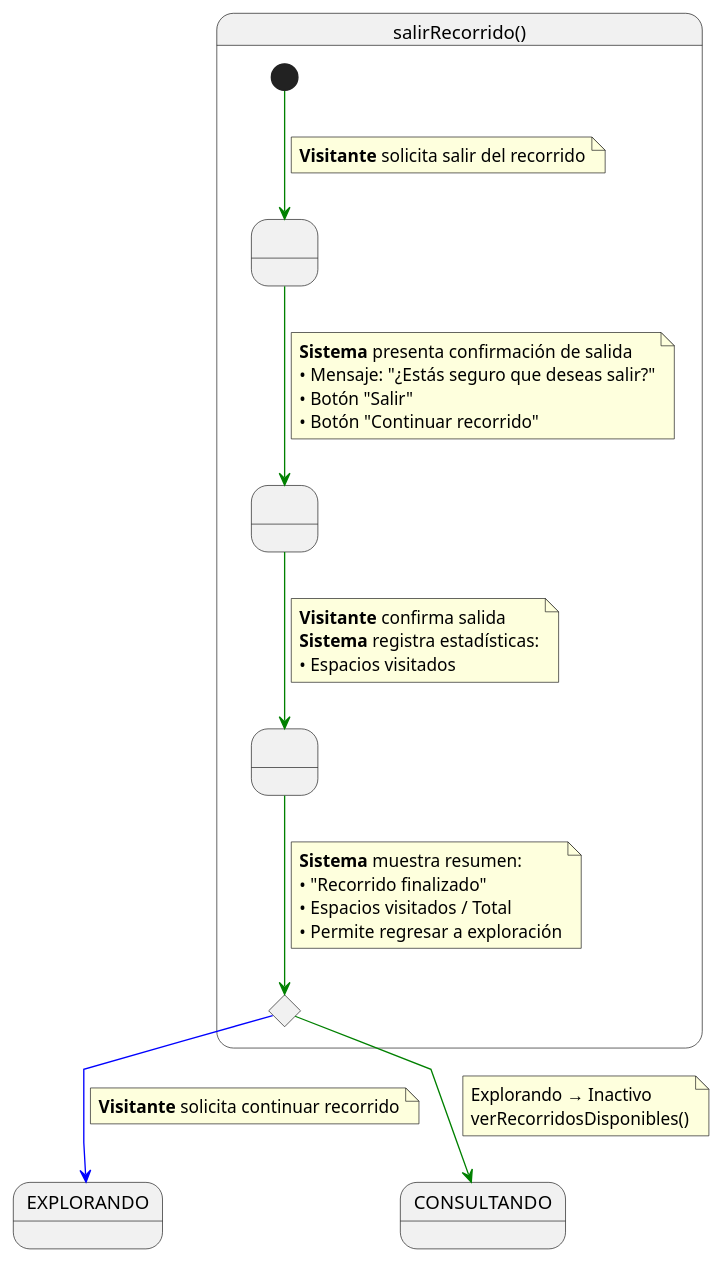
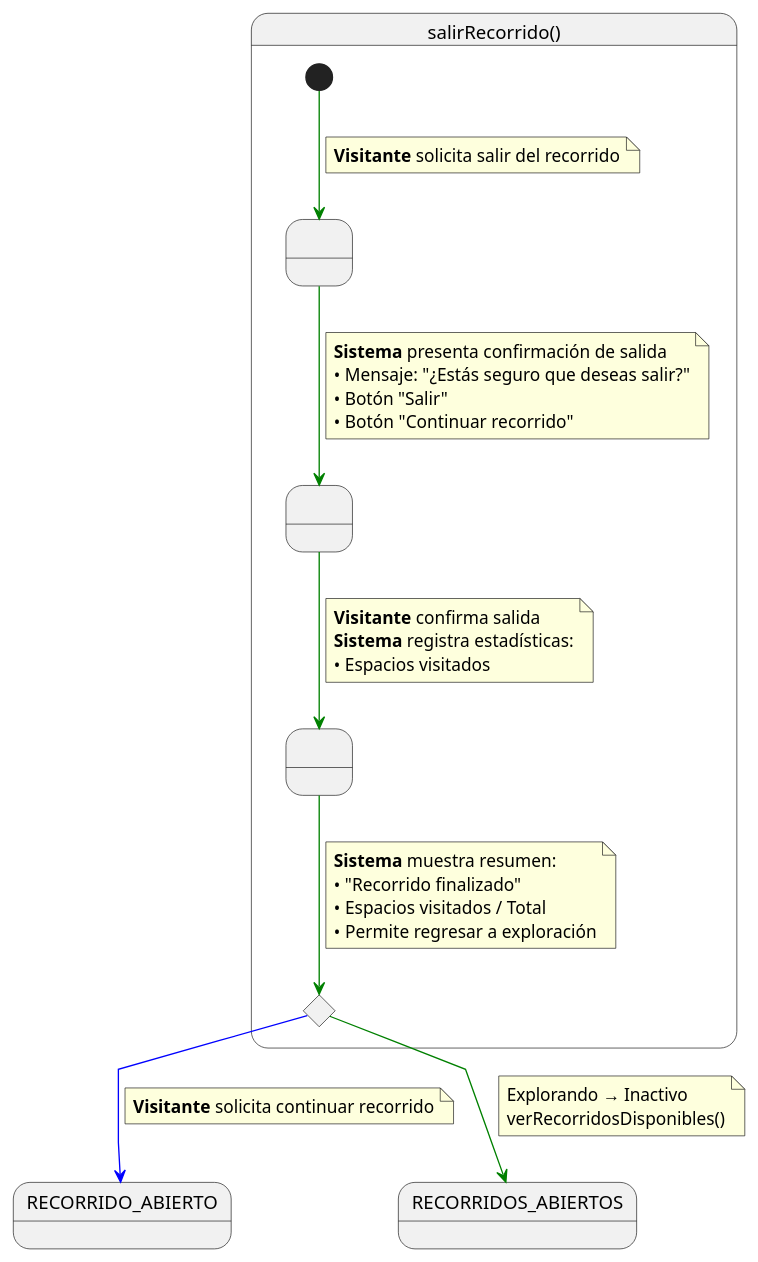
Before and after one commit to Camila-Lesly/25-26-idsw1-sdr: the diagram in documentos/01-casoDeUso/3-DetallarCasosDeUso/1-Visitante/salirRecorrido/salirRecorrido.puml, drawn with PlantUML. The commit also changed 26 other files, not shown here.

Commit message:
docs: Add SVG diagrams for visitor use cases

```diff
--- a/documentos/01-casoDeUso/3-DetallarCasosDeUso/1-Visitante/salirRecorrido/salirRecorrido.puml
+++ b/documentos/01-casoDeUso/3-DetallarCasosDeUso/1-Visitante/salirRecorrido/salirRecorrido.puml
@@ -1,53 +1,51 @@
-@startuml salirRecorrido
-
+@startuml
 skinparam linetype polyline
 
 state salirRecorrido as "salirRecorrido()" {
 
     state " " as SolicitandoSalida
     state " " as ConfirmandoSalida
     state " " as RegistrandoEstadisticas
     state c <<choice>>
 
     [*] -[#green]-> SolicitandoSalida 
     note on link
     <b>Visitante</b> solicita salir del recorrido
     end note    
     
     SolicitandoSalida -[#green]-> ConfirmandoSalida
     note on link
     <b>Sistema</b> presenta confirmación de salida
     • Mensaje: "¿Estás seguro que deseas salir?"
     • Botón "Salir"
     • Botón "Continuar recorrido"
     end note
     
     ConfirmandoSalida -[#green]-> RegistrandoEstadisticas
     note on link
     <b>Visitante</b> confirma salida
     <b>Sistema</b> registra estadísticas:
     • Espacios visitados
     end note
     
     RegistrandoEstadisticas -[#green]-> c
     note on link
     <b>Sistema</b> muestra resumen:
     • "Recorrido finalizado"
     • Espacios visitados / Total
     • Permite regresar a exploración
     end note
 
 }
 
-    c -[#blue]-> EXPLORANDO
+    c -[#blue]-> RECORRIDO_ABIERTO
     note on link
     <b>Visitante</b> solicita continuar recorrido
     end note
     
-    c -[#green]-> CONSULTANDO
+    c -[#green]-> RECORRIDOS_ABIERTOS
     note on link
     Explorando → Inactivo
     verRecorridosDisponibles()
     end note
-
 @enduml
```
